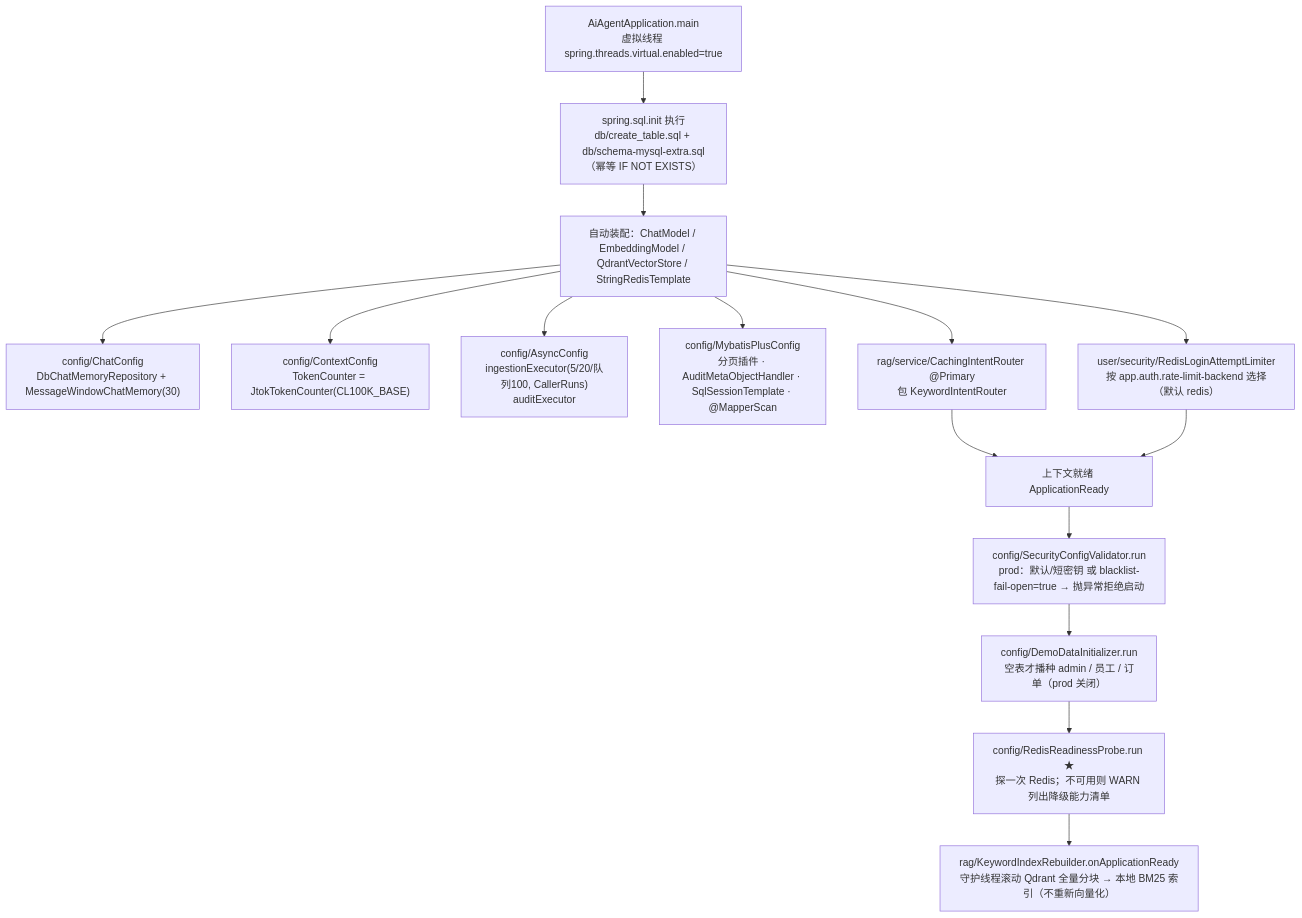
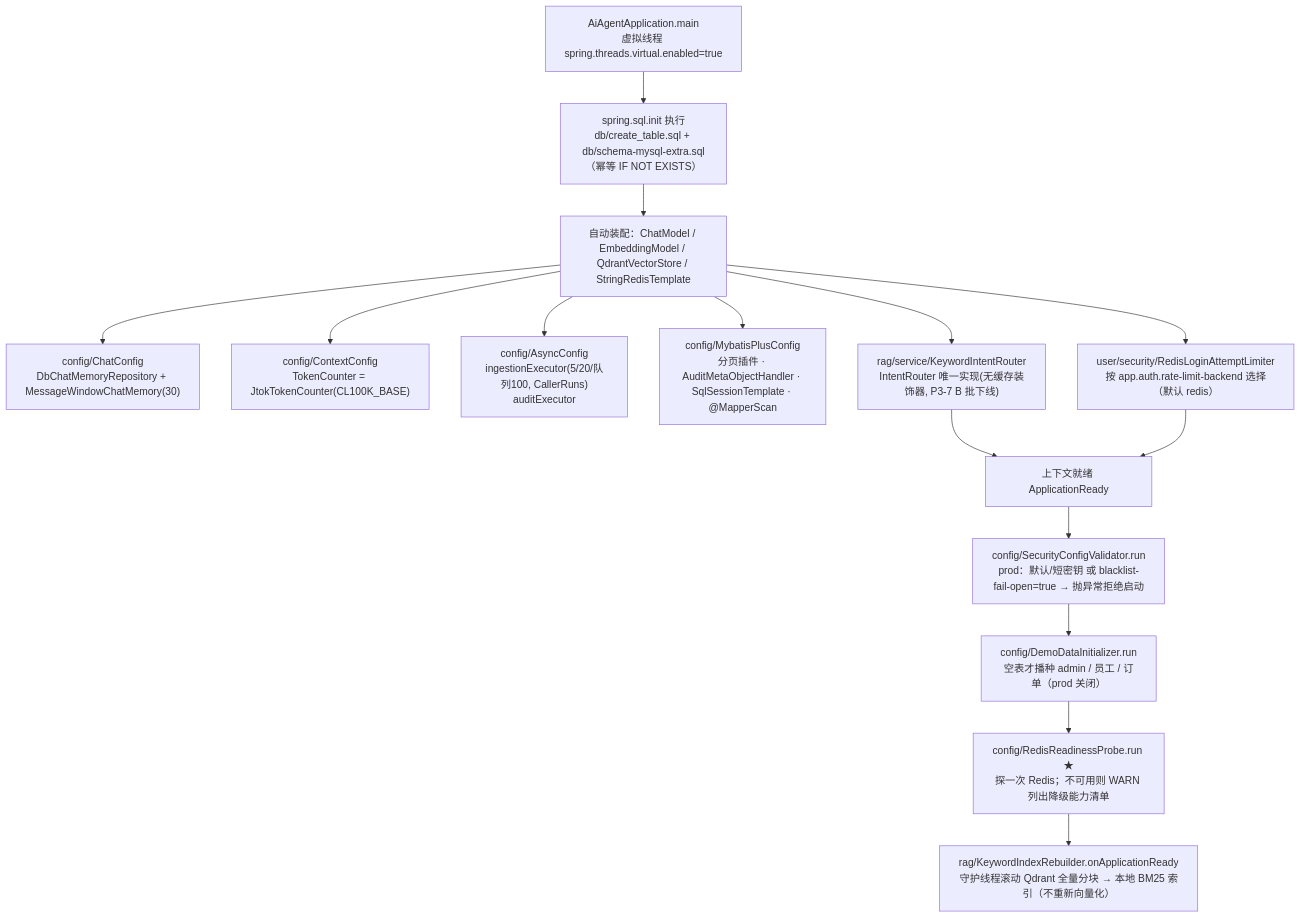
One commit to suiyile02/cc-ai-agent changed the second of 20 diagrams in docs/flow-map.md. Above: the diagram before and after it, drawn with Mermaid. The commit also changed other lines of this file and 16 other files, not shown here.

First line of the commit message:
refactor(rag)!: P3-7 B 批——意图路由结果缓存整体下线

````diff
--- a/docs/flow-map.md
+++ b/docs/flow-map.md
@@ -130,17 +129,17 @@
 ```mermaid
 flowchart TD
     S0["AiAgentApplication.main<br/>虚拟线程 spring.threads.virtual.enabled=true"] --> S1["spring.sql.init 执行<br/>db/create_table.sql + db/schema-mysql-extra.sql（幂等 IF NOT EXISTS）"]
     S1 --> S2["自动装配：ChatModel / EmbeddingModel / QdrantVectorStore / StringRedisTemplate"]
     S2 --> S3["config/ChatConfig<br/>DbChatMemoryRepository + MessageWindowChatMemory(30)"]
     S2 --> S4["config/ContextConfig<br/>TokenCounter = JtokTokenCounter(CL100K_BASE)"]
     S2 --> S5["config/AsyncConfig<br/>ingestionExecutor(5/20/队列100, CallerRuns)<br/>auditExecutor"]
     S2 --> S6["config/MybatisPlusConfig<br/>分页插件 · AuditMetaObjectHandler · SqlSessionTemplate · @MapperScan"]
-    S2 --> S7["rag/service/CachingIntentRouter @Primary<br/>包 KeywordIntentRouter"]
+    S2 --> S7["rag/service/KeywordIntentRouter<br/>IntentRouter 唯一实现(无缓存装饰器, P3-7 B 批下线)"]
     S2 --> S8["user/security/RedisLoginAttemptLimiter<br/>按 app.auth.rate-limit-backend 选择（默认 redis）"]
     S7 --> S9["上下文就绪 ApplicationReady"]
     S8 --> S9
     S9 --> R1["config/SecurityConfigValidator.run<br/>prod：默认/短密钥 或 blacklist-fail-open=true → 抛异常拒绝启动"]
     R1 --> R2["config/DemoDataInitializer.run<br/>空表才播种 admin / 员工 / 订单（prod 关闭）"]
     R2 --> R3["config/RedisReadinessProbe.run ★<br/>探一次 Redis；不可用则 WARN 列出降级能力清单"]
     R3 --> R4["rag/KeywordIndexRebuilder.onApplicationReady<br/>守护线程滚动 Qdrant 全量分块 → 本地 BM25 索引（不重新向量化）"]
 ```
````
